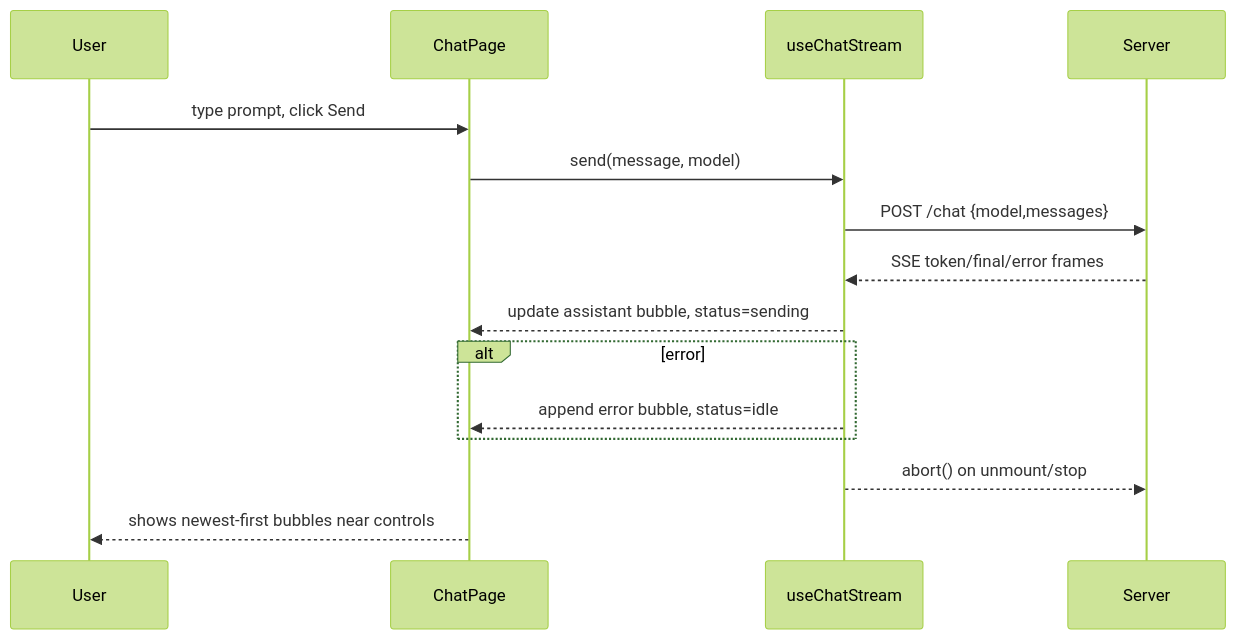
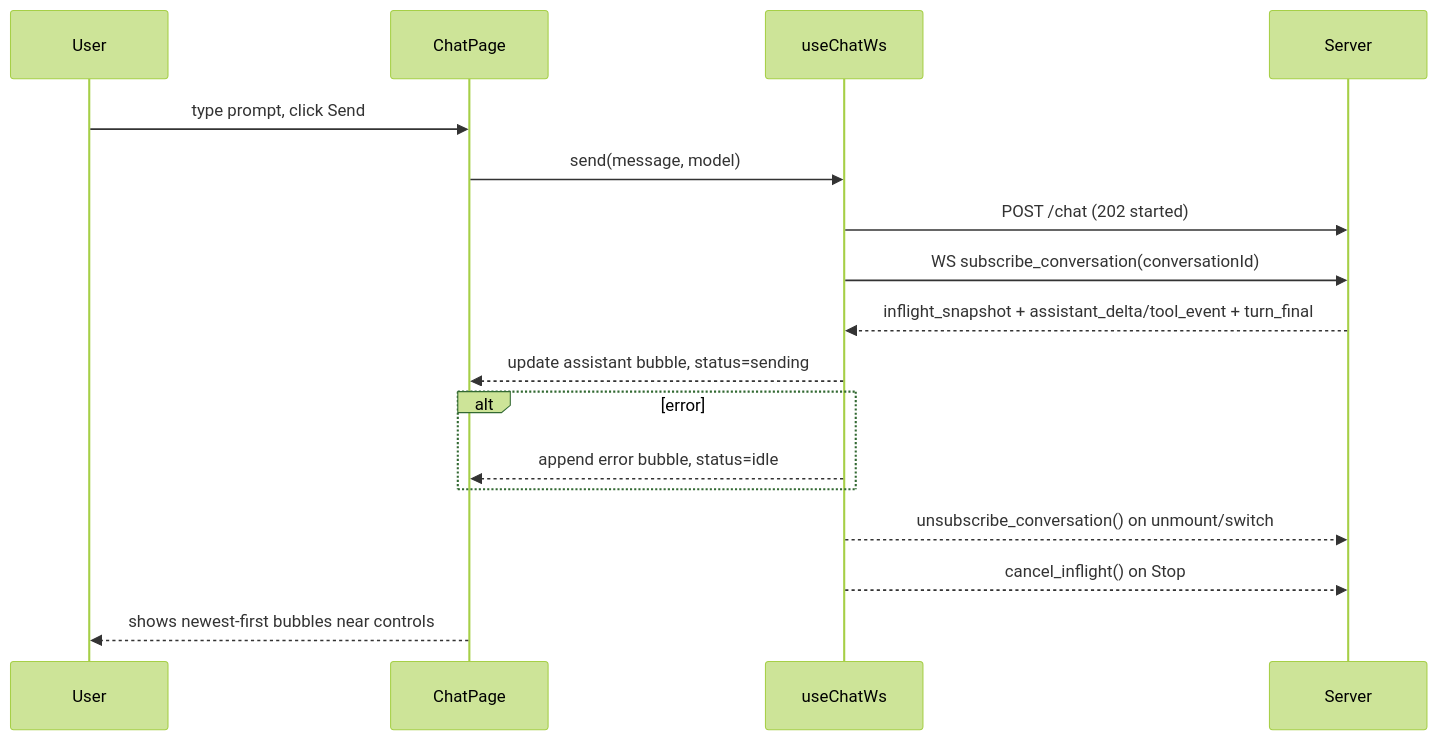
One commit to Chargeuk/codeInfo2 changed diagram 23 of 41 in design.md. Above: the diagram before and after it, drawn with Mermaid (forest theme). The commit also changed other lines of this file and 4 other files, not shown here.

````diff
--- a/design.md
+++ b/design.md
@@ -638,18 +638,20 @@
 ```mermaid
 sequenceDiagram
   participant User
   participant ChatPage
-  participant Hook as useChatStream
+  participant Hook as useChatWs
   participant Server
 
   User->>ChatPage: type prompt, click Send
   ChatPage->>Hook: send(message, model)
-  Hook->>Server: POST /chat {model,messages}
-  Server-->>Hook: SSE token/final/error frames
+  Hook->>Server: POST /chat (202 started)
+  Hook->>Server: WS subscribe_conversation(conversationId)
+  Server-->>Hook: inflight_snapshot + assistant_delta/tool_event + turn_final
   Hook-->>ChatPage: update assistant bubble, status=sending
   alt error
     Hook-->>ChatPage: append error bubble, status=idle
   end
-  Hook-->>Server: abort() on unmount/stop
+  Hook-->>Server: unsubscribe_conversation() on unmount/switch
+  Hook-->>Server: cancel_inflight() on Stop
   ChatPage-->>User: shows newest-first bubbles near controls
 ```
````
